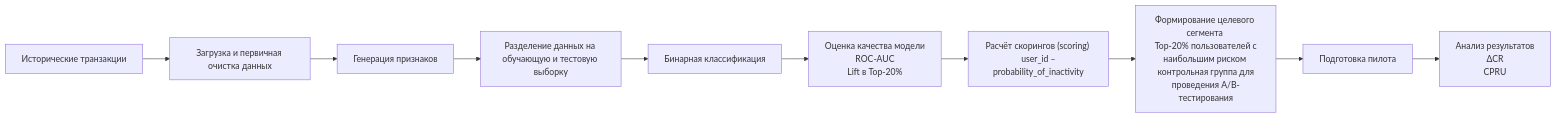
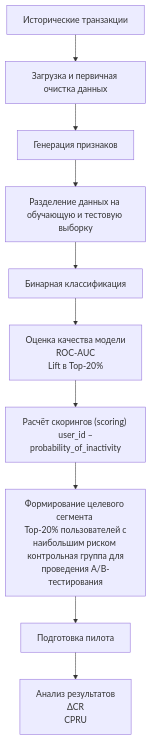
The diagram in ML_System_Design_Doc.md (ualumi/T25--4m_MLOps), drawn with Mermaid before and after one commit.

Commit message:
docs: update part 2.2 ML_System_Design_Doc

````diff
--- a/ML_System_Design_Doc.md
+++ b/ML_System_Design_Doc.md
@@ -232,20 +232,20 @@
 ```mermaid
-flowchart LR
+flowchart TB
 A["Исторические транзакции"] --> B["Загрузка и первичная очистка данных"]
 
 B --> C["Генерация признаков"]
 
 C --> D["Разделение данных на обучающую и тестовую выборку"]
 
 D --> E["Бинарная классификация"]
 
 E --> F["Оценка качества модели <br/> ROC-AUC <br/> Lift в Top-20%"]
 
 F --> G["Расчёт скорингов (scoring) <br/> user_id – probability_of_inactivity"]
 
 G --> H["Формирование целевого сегмента <br/> Top-20% пользователей с наибольшим риском <br/> контрольная группа для проведения A/B-тестирования"]
 
 H --> J["Подготовка пилота"]
 J --> K["Анализ результатов <br/> ΔCR <br/> CPRU"]
 
 ```
````
